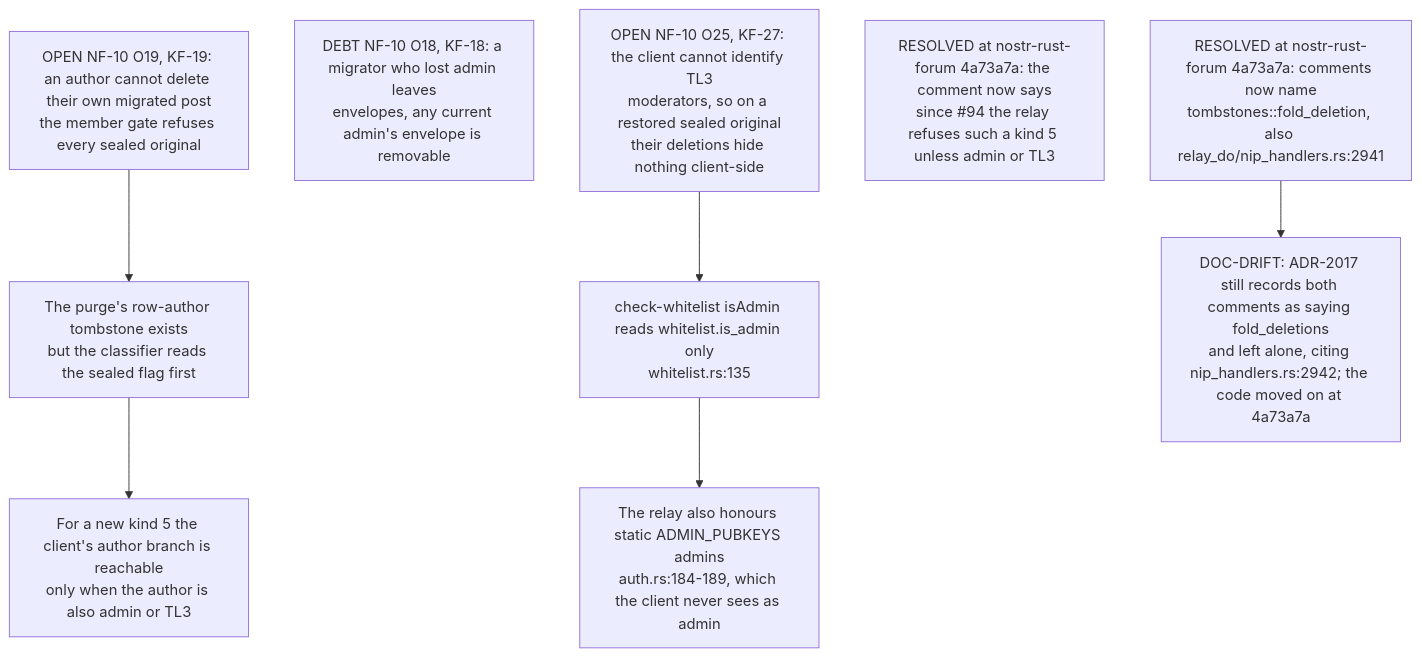
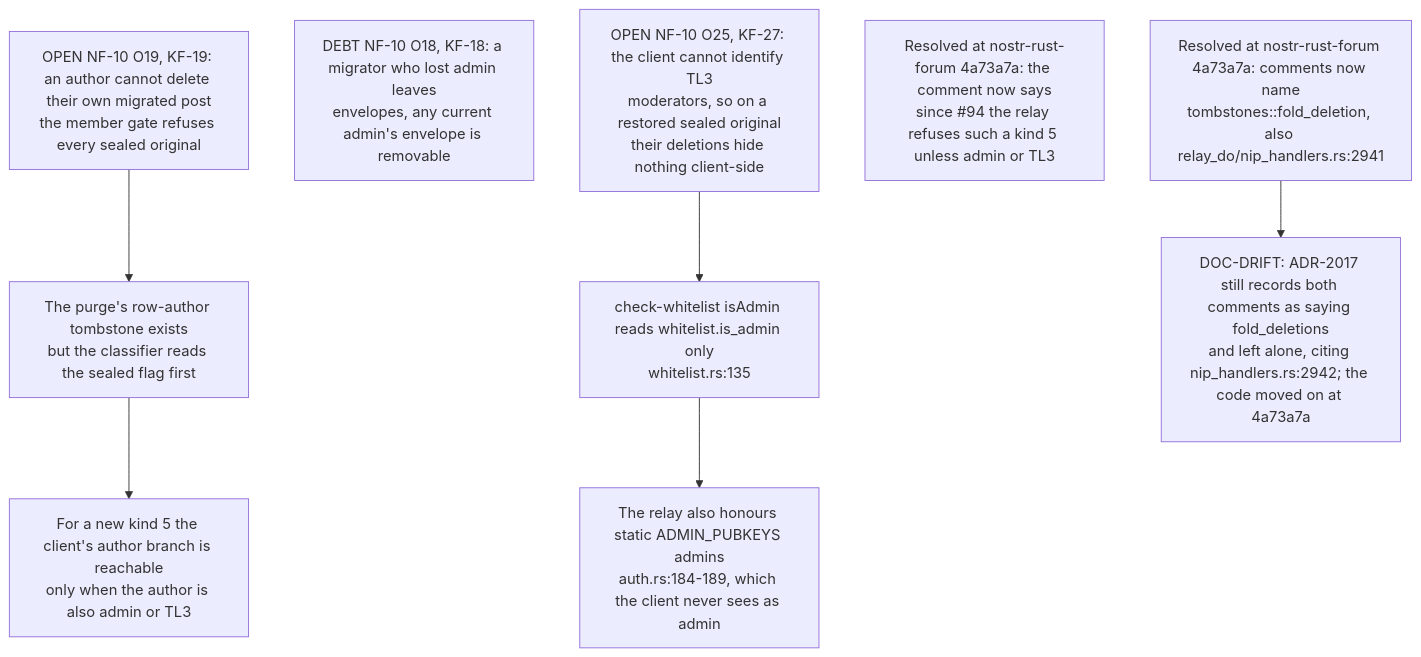
One commit to DreamLab-AI/VisionFlow changed the eighth of 8 diagrams in docs/diagrams/nostr-rust-forum/26-sealed-history-migration-and-reader-contracts.md. Above: the diagram before and after it, drawn with Mermaid. The commit also changed other lines of this file and 7 other files, not shown here.

````diff
--- a/docs/diagrams/nostr-rust-forum/26-sealed-history-migration-and-reader-contracts.md
+++ b/docs/diagrams/nostr-rust-forum/26-sealed-history-migration-and-reader-contracts.md
@@ -202,28 +203,28 @@
 ```mermaid
 flowchart TB
     %% Source: ../nostr-rust-forum/crates/nostr-bbs-relay-worker/src/relay_do/nip_handlers.rs:2965
     O19["OPEN NF-10 O19, KF-19: an author cannot delete their own migrated post<br/>the member gate refuses every sealed original"]
     %% Source: ../nostr-rust-forum/crates/nostr-bbs-relay-worker/src/lib.rs:870
     O19B["The purge's row-author tombstone exists<br/>but the classifier reads the sealed flag first"]
     %% Source: ../nostr-rust-forum/crates/nostr-bbs-forum-client/src/stores/tombstones.rs:123
     DEAD["For a new kind 5 the client's author branch is reachable<br/>only when the author is also admin or TL3"]
     %% Source: ../nostr-rust-forum/crates/nostr-bbs-relay-worker/src/relay_do/nip_handlers.rs:3398
     O18["DEBT NF-10 O18, KF-18: a migrator who lost admin leaves<br/>envelopes, any current admin's envelope is removable"]
     %% Source: ../nostr-rust-forum/crates/nostr-bbs-forum-client/src/stores/tombstones.rs:19
     O25["OPEN NF-10 O25, KF-27: the client cannot identify TL3<br/>moderators, so on a restored sealed original<br/>their deletions hide nothing client-side"]
     %% Source: ../nostr-rust-forum/crates/nostr-bbs-relay-worker/src/whitelist.rs:180
     O25B["check-whitelist isAdmin reads whitelist.is_admin only<br/>whitelist.rs:135"]
     %% Source: ../nostr-rust-forum/crates/nostr-bbs-relay-worker/src/auth.rs:184
     O25C["The relay also honours static ADMIN_PUBKEYS admins<br/>auth.rs:184-189, which the client never sees as admin"]
     %% Source: ../nostr-rust-forum/crates/nostr-bbs-forum-client/src/stores/tombstones.rs:14
-    DRIFT1["RESOLVED at nostr-rust-forum 4a73a7a: the comment now says<br/>since #94 the relay refuses such a kind 5 unless admin or TL3"]
+    DRIFT1["Resolved at nostr-rust-forum 4a73a7a: the comment now says<br/>since #94 the relay refuses such a kind 5 unless admin or TL3"]
     %% Source: ../nostr-rust-forum/crates/nostr-bbs-relay-worker/src/admin_events.rs:18
-    DRIFT2["RESOLVED at nostr-rust-forum 4a73a7a: comments now name<br/>tombstones::fold_deletion, also relay_do/nip_handlers.rs:2941"]
+    DRIFT2["Resolved at nostr-rust-forum 4a73a7a: comments now name<br/>tombstones::fold_deletion, also relay_do/nip_handlers.rs:2941"]
     %% Source: ../nostr-rust-forum/docs/adr/ADR-2017-sealed-original-history-migration.md:262
     DRIFT3["DOC-DRIFT: ADR-2017 still records both comments as saying fold_deletions<br/>and left alone, citing nip_handlers.rs:2942; the code moved on at 4a73a7a"]
     O19 --> O19B --> DEAD
     O25 --> O25B --> O25C
     O18
     DRIFT1
     DRIFT2 --> DRIFT3
 ```
````
